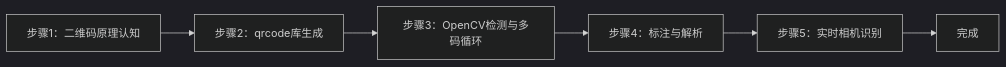
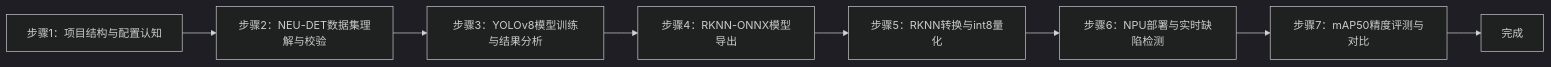
Before and after one commit to aibittek/course_generate_agent: the first of 2 diagrams in courses/sheet1/robot_vision/_parts/experiment-4.md, drawn with Mermaid (dark theme). The commit also changed other lines of this file and 98 other files, not shown here.

````diff
--- a/courses/sheet1/robot_vision/_parts/experiment-4.md
+++ b/courses/sheet1/robot_vision/_parts/experiment-4.md
@@ -89,8 +95,10 @@
 ```mermaid
 graph LR
-    A[步骤1：二维码原理认知] --> B[步骤2：qrcode库生成]
-    B --> C[步骤3：OpenCV检测与多码循环]
-    C --> D[步骤4：标注与解析]
-    D --> E[步骤5：实时相机识别]
-    E --> F[完成]
+    A[步骤1：项目结构与配置认知] --> B[步骤2：NEU-DET数据集理解与校验]
+    B --> C[步骤3：YOLOv8模型训练与结果分析]
+    C --> D[步骤4：RKNN-ONNX模型导出]
+    D --> E[步骤5：RKNN转换与int8量化]
+    E --> F[步骤6：NPU部署与实时缺陷检测]
+    F --> G[步骤7：mAP50精度评测与对比]
+    G --> H[完成]
 ```
````
